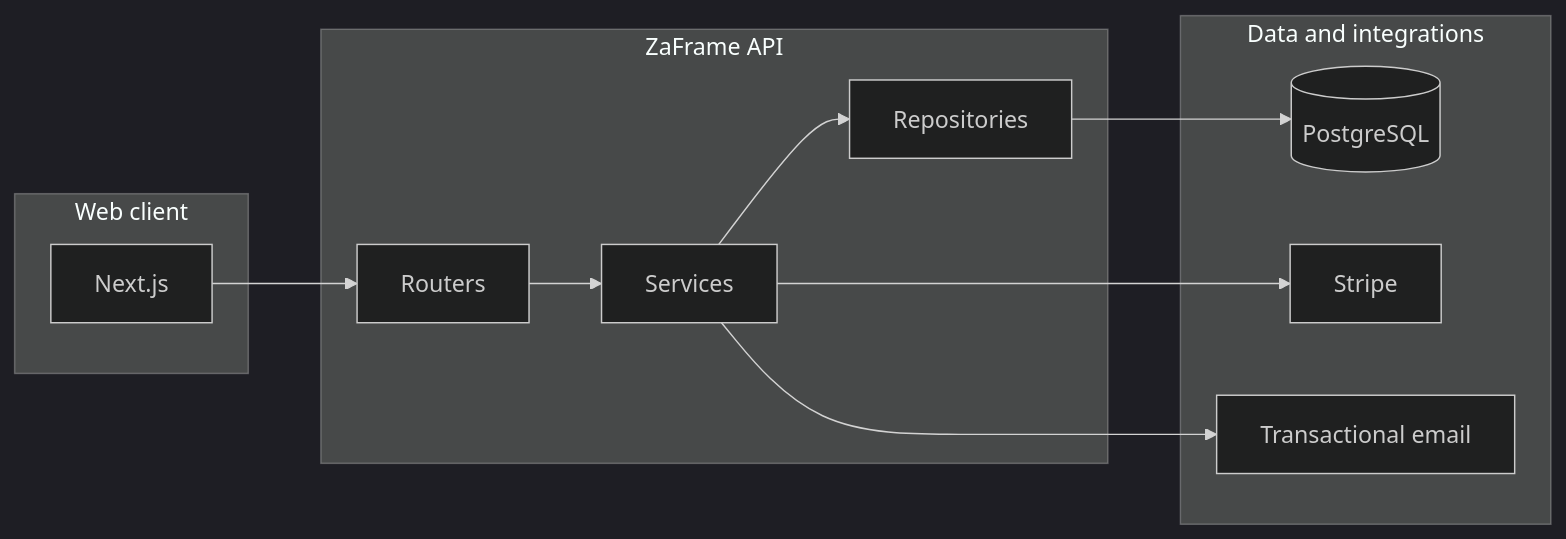
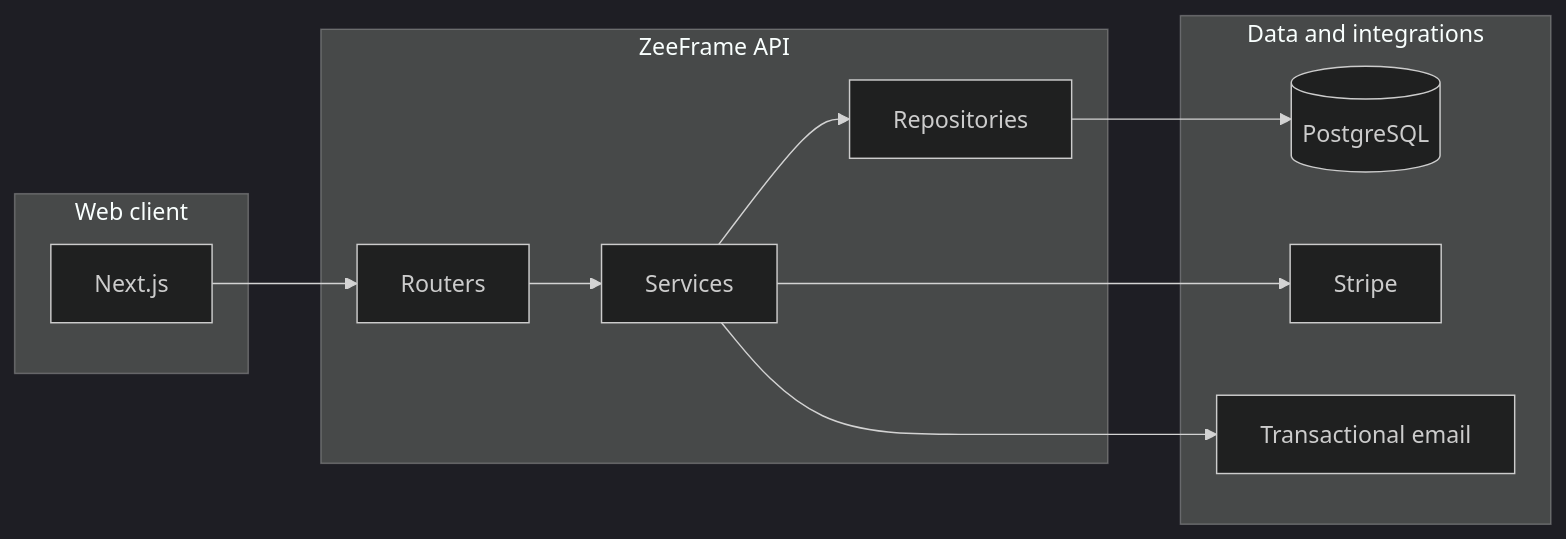
The diagram in README.md (viktor-codes/zaframe), drawn with Mermaid (dark theme) before and after one commit. The commit also changed other lines of this file, not shown here.

````diff
--- a/README.md
+++ b/README.md
@@ -47,22 +47,22 @@
 ```mermaid
 flowchart LR
   subgraph client [Web client]
     Next[Next.js]
   end
-  subgraph api [ZaFrame API]
+  subgraph api [ZeeFrame API]
     R[Routers]
     S[Services]
     Rep[Repositories]
   end
   subgraph data [Data and integrations]
     DB[(PostgreSQL)]
     Stripe[Stripe]
     Mail[Transactional email]
   end
   Next --> R
   R --> S
   S --> Rep
   Rep --> DB
   S --> Stripe
   S --> Mail
 ```
````
